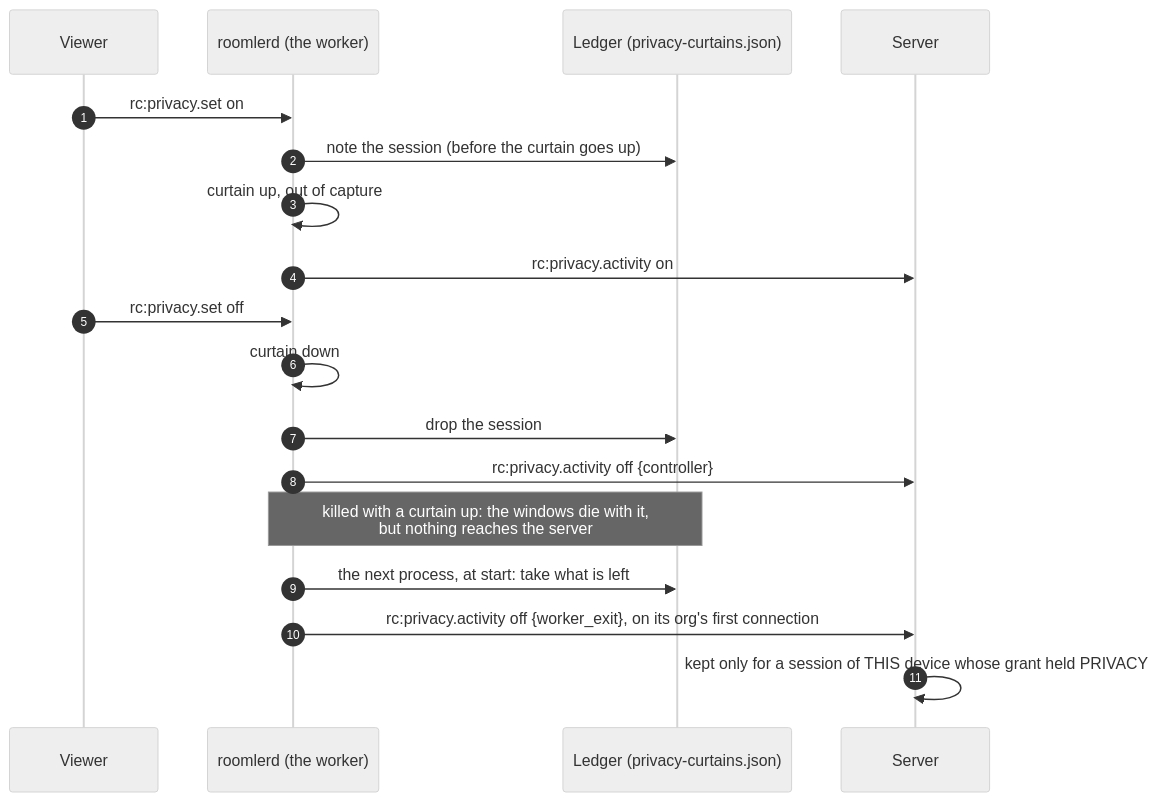
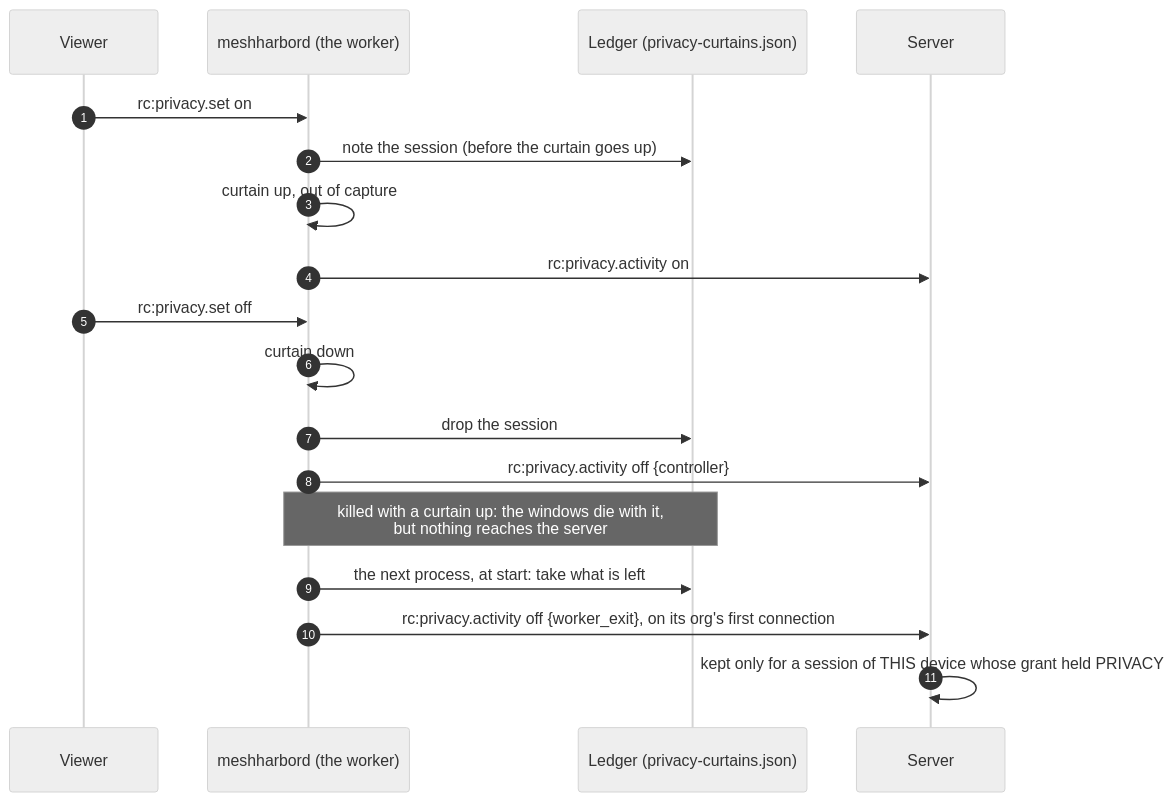
One commit to jk-zhang-meta/MeshHarbor changed the second of 5 diagrams in docs/privacy-mode.md. Above: the diagram before and after it, drawn with Mermaid (neutral theme). The commit also changed other lines of this file and 682 other files, not shown here.

````diff
--- a/docs/privacy-mode.md
+++ b/docs/privacy-mode.md
@@ -131,20 +131,20 @@
 ```mermaid
 sequenceDiagram
     autonumber
     participant V as Viewer
-    participant A as roomlerd (the worker)
+    participant A as meshharbord (the worker)
     participant L as Ledger (privacy-curtains.json)
     participant S as Server
     V->>A: rc:privacy.set on
     A->>L: note the session (before the curtain goes up)
     A->>A: curtain up, out of capture
     A->>S: rc:privacy.activity on
     V->>A: rc:privacy.set off
     A->>A: curtain down
     A->>L: drop the session
     A->>S: rc:privacy.activity off {controller}
     Note over A,L: killed with a curtain up: the windows die with it,<br/>but nothing reaches the server
     A->>L: the next process, at start: take what is left
     A->>S: rc:privacy.activity off {worker_exit}, on its org's first connection
     S->>S: kept only for a session of THIS device whose grant held PRIVACY
 ```
````
